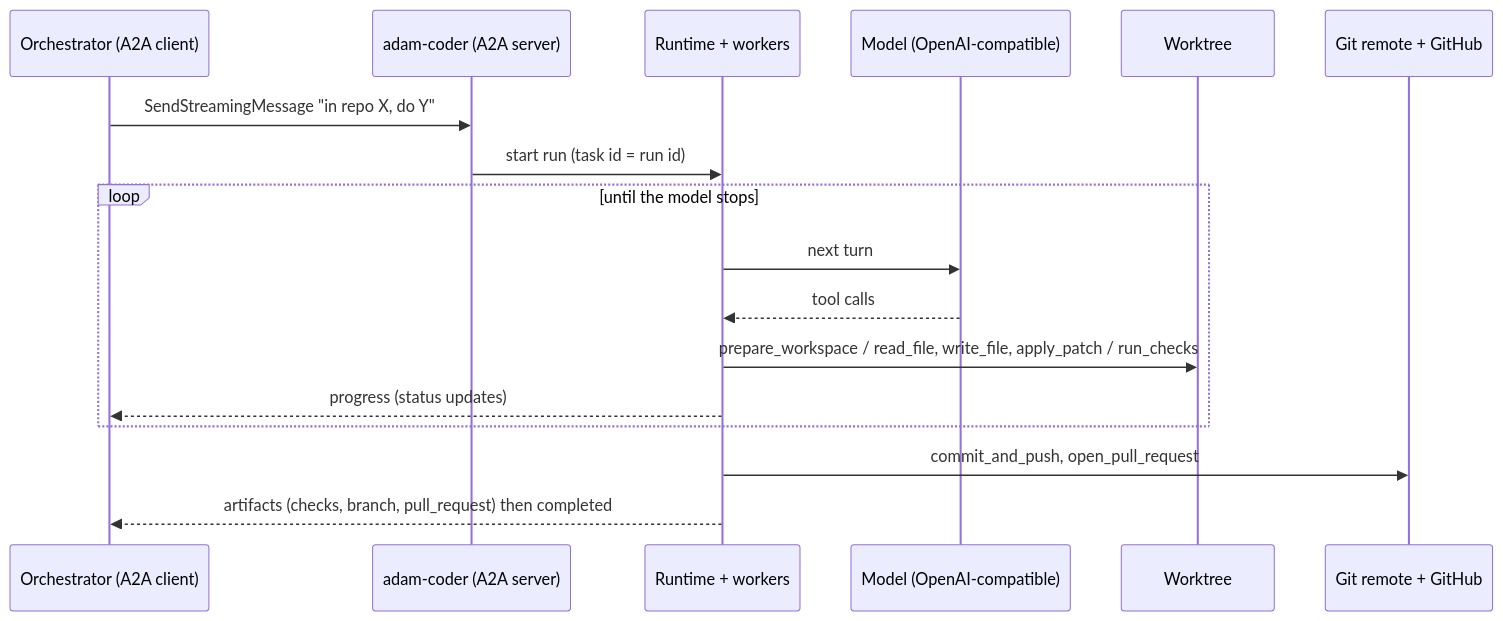
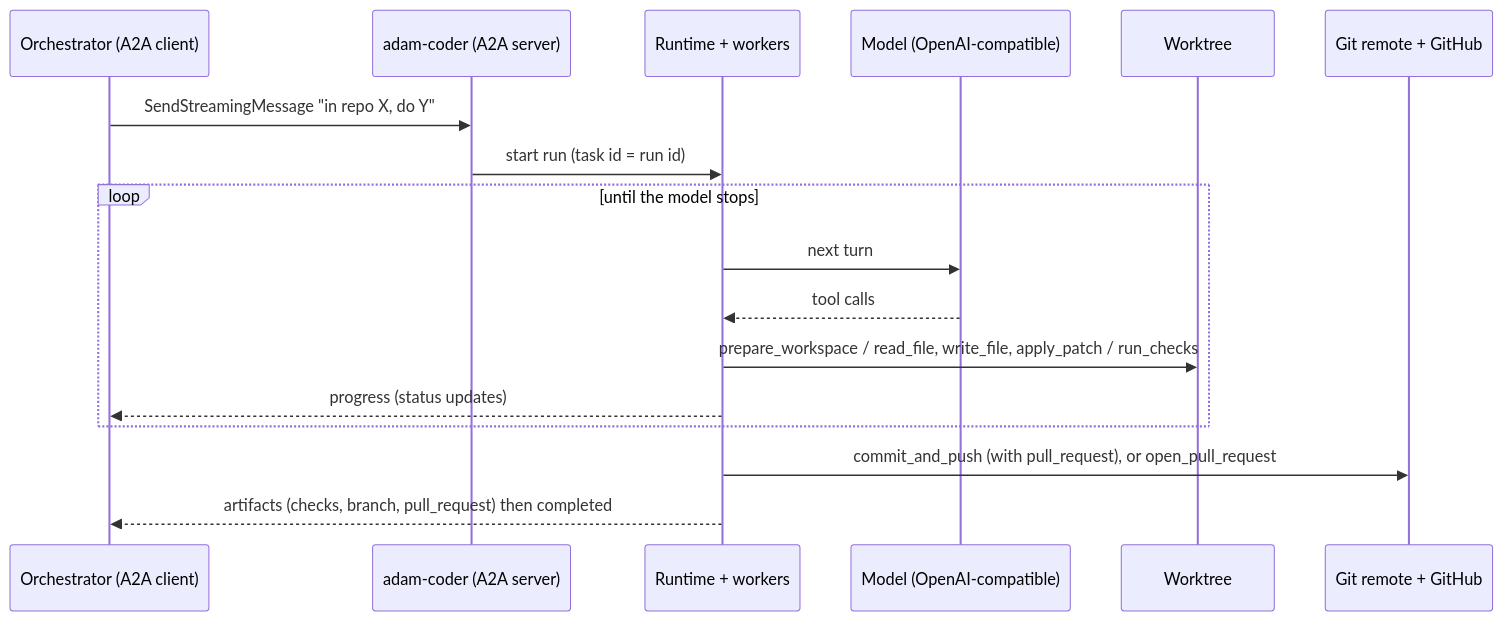
One commit to vymalo/another-adam-rs changed the first of 31 diagrams in bin/adam-coder/README.md. Above: the diagram before and after it, drawn with Mermaid. The commit also changed other lines of this file and 10 other files, not shown here.

````diff
--- a/bin/adam-coder/README.md
+++ b/bin/adam-coder/README.md
@@ -24,19 +24,19 @@
 ```mermaid
 sequenceDiagram
   participant O as Orchestrator (A2A client)
   participant S as adam-coder (A2A server)
   participant R as Runtime + workers
   participant M as Model (OpenAI-compatible)
   participant W as Worktree
   participant G as Git remote + GitHub
   O->>S: SendStreamingMessage "in repo X, do Y"
   S->>R: start run (task id = run id)
   loop until the model stops
     R->>M: next turn
     M-->>R: tool calls
     R->>W: prepare_workspace / read_file, write_file, apply_patch / run_checks
     R-->>O: progress (status updates)
   end
-  R->>G: commit_and_push, open_pull_request
+  R->>G: commit_and_push (with pull_request), or open_pull_request
   R-->>O: artifacts (checks, branch, pull_request) then completed
 ```
````
